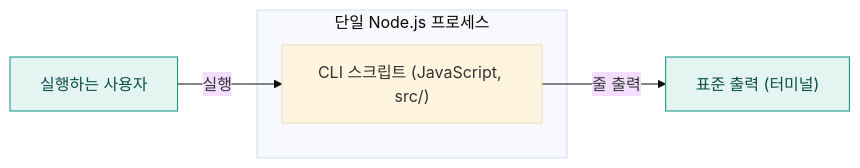
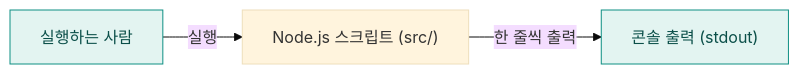
The second of 3 diagrams in examples/edge-names/docs/codemap/architecture.md (hxxnn/codemap), drawn with Mermaid (base theme) before and after one commit. The commit also changed other lines of this file and 45 other files, not shown here.

````diff
--- a/examples/edge-names/docs/codemap/architecture.md
+++ b/examples/edge-names/docs/codemap/architecture.md
@@ -30,11 +30,9 @@
 ```mermaid
 flowchart LR
-  user["실행하는 사용자"]:::external
-  subgraph proc["단일 Node.js 프로세스"]
-    cli["CLI 스크립트 (JavaScript, src/)"]
-  end
-  out["표준 출력 (터미널)"]:::external
-  user -->|"실행"| cli
-  cli -->|"줄 출력"| out
+  u["실행하는 사람"]:::external
+  c["Node.js 스크립트 (src/)"]
+  o["콘솔 출력 (stdout)"]:::external
+  u -->|"실행"| c
+  c -->|"한 줄씩 출력"| o
   classDef external fill:#E3F4F1,stroke:#0E8F83,color:#0B4F49
 ```
````
